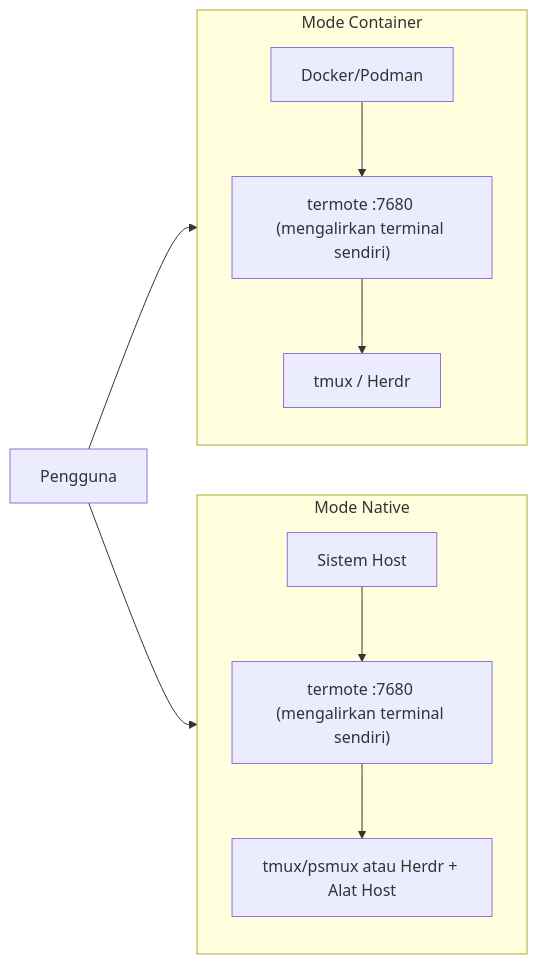
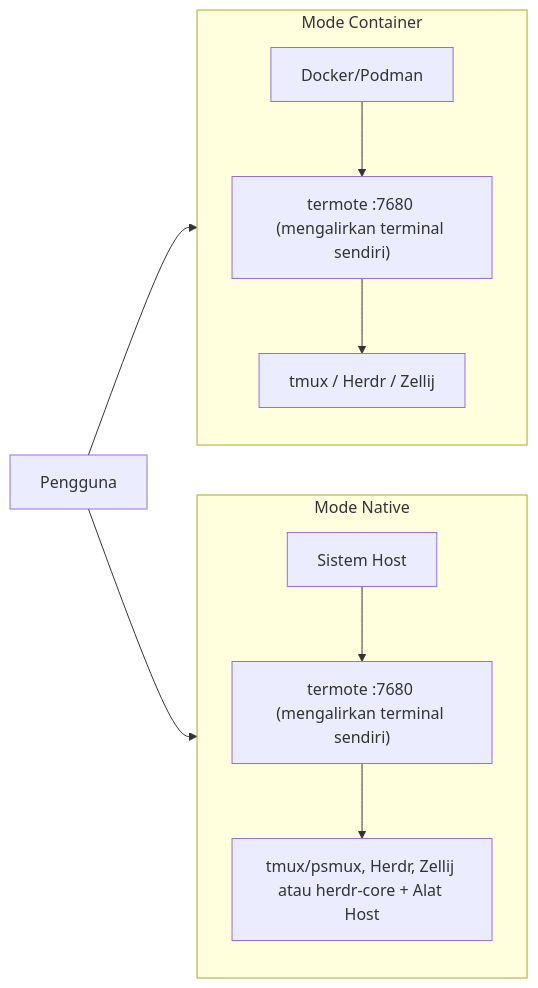
Before and after one commit to lamngockhuong/termote: the second of 2 diagrams in README.id.md, drawn with Mermaid. The commit also changed other lines of this file and 14 other files, not shown here.

````diff
--- a/README.id.md
+++ b/README.id.md
@@ -252,14 +258,14 @@
 ```mermaid
 flowchart LR
     subgraph Container["Mode Container"]
         direction TB
-        C1["Docker/Podman"] --> C2["termote :7680 (mengalirkan terminal sendiri)"] --> C3["tmux / Herdr"]
+        C1["Docker/Podman"] --> C2["termote :7680 (mengalirkan terminal sendiri)"] --> C3["tmux / Herdr / Zellij"]
     end
 
     subgraph Native["Mode Native"]
         direction TB
-        N1["Sistem Host"] --> N2["termote :7680 (mengalirkan terminal sendiri)"] --> N3["tmux/psmux atau Herdr + Alat Host"]
+        N1["Sistem Host"] --> N2["termote :7680 (mengalirkan terminal sendiri)"] --> N3["tmux/psmux, Herdr, Zellij atau herdr-core + Alat Host"]
     end
 
     User["Pengguna"] --> Container & Native
 ```
````
